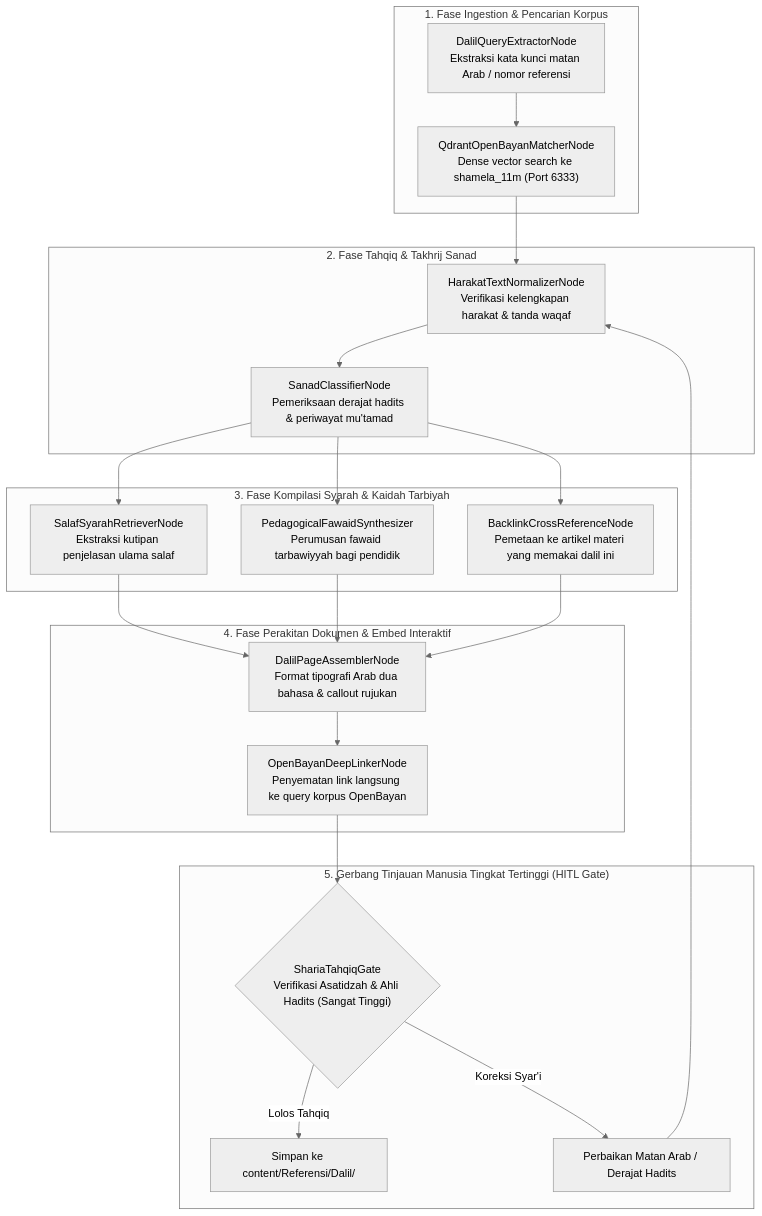
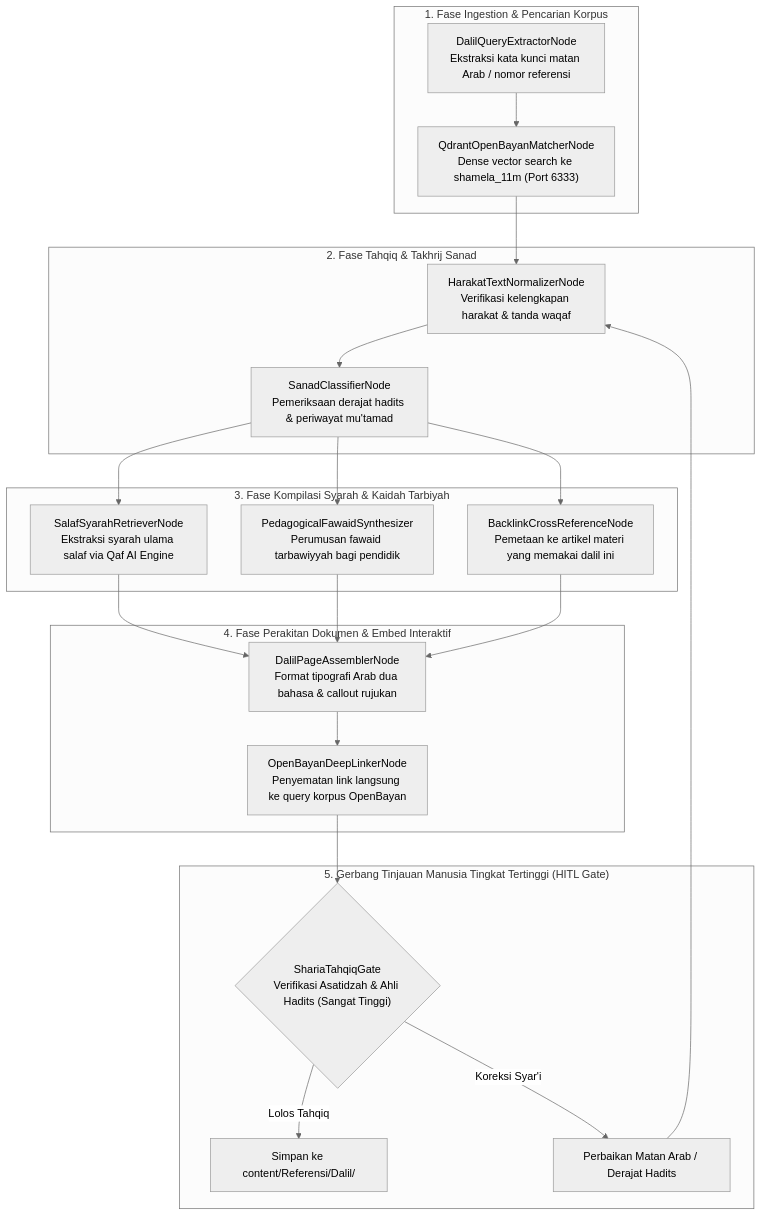
One commit to decaller/wiki-pkn changed the diagram in pipeline_designs/07_pipeline_halaman_dalil.md. Above: the diagram before and after it, drawn with Mermaid (neutral theme). The commit also changed other lines of this file and 6 other files, not shown here.

Commit message:
docs(pipeline): integrate progressive disclosure, diataxis, style guide, and enterprise RAG patterns into architecture and TODO

````diff
--- a/pipeline_designs/07_pipeline_halaman_dalil.md
+++ b/pipeline_designs/07_pipeline_halaman_dalil.md
@@ -33,37 +33,37 @@
 ```mermaid
 flowchart TD
     subgraph S1["1. Fase Ingestion & Pencarian Korpus"]
         N1_1["DalilQueryExtractorNode<br/>Ekstraksi kata kunci matan Arab / nomor referensi"]
         N1_2["QdrantOpenBayanMatcherNode<br/>Dense vector search ke shamela_11m (Port 6333)"]
         N1_1 --> N1_2
     end
 
     subgraph S2["2. Fase Tahqiq & Takhrij Sanad"]
         N2_1["HarakatTextNormalizerNode<br/>Verifikasi kelengkapan harakat & tanda waqaf"]
         N2_2["SanadClassifierNode<br/>Pemeriksaan derajat hadits & periwayat mu'tamad"]
         N1_2 --> N2_1 --> N2_2
     end
 
     subgraph S3["3. Fase Kompilasi Syarah & Kaidah Tarbiyah"]
-        N3_1["SalafSyarahRetrieverNode<br/>Ekstraksi kutipan penjelasan ulama salaf"]
+        N3_1["SalafSyarahRetrieverNode<br/>Ekstraksi syarah ulama salaf via Qaf AI Engine"]
         N3_2["PedagogicalFawaidSynthesizer<br/>Perumusan fawaid tarbawiyyah bagi pendidik"]
         N3_3["BacklinkCrossReferenceNode<br/>Pemetaan ke artikel materi yang memakai dalil ini"]
         N2_2 --> N3_1 & N3_2 & N3_3
     end
 
     subgraph S4["4. Fase Perakitan Dokumen & Embed Interaktif"]
         N4_1["DalilPageAssemblerNode<br/>Format tipografi Arab dua bahasa & callout rujukan"]
         N4_2["OpenBayanDeepLinkerNode<br/>Penyematan link langsung ke query korpus OpenBayan"]
         N3_1 & N3_2 & N3_3 --> N4_1 --> N4_2
     end
 
     subgraph S5["5. Gerbang Tinjauan Manusia Tingkat Tertinggi (HITL Gate)"]
         N5_HITL{"ShariaTahqiqGate<br/>Verifikasi Asatidzah & Ahli Hadits (Sangat Tinggi)"}
         N5_Publish["Simpan ke content/Referensi/Dalil/"]
         N5_Reject["Perbaikan Matan Arab / Derajat Hadits"]
         N4_2 --> N5_HITL
         N5_HITL -->|Lolos Tahqiq| N5_Publish
         N5_HITL -->|Koreksi Syar'i| N5_Reject
         N5_Reject --> N2_1
     end
 ```
````
